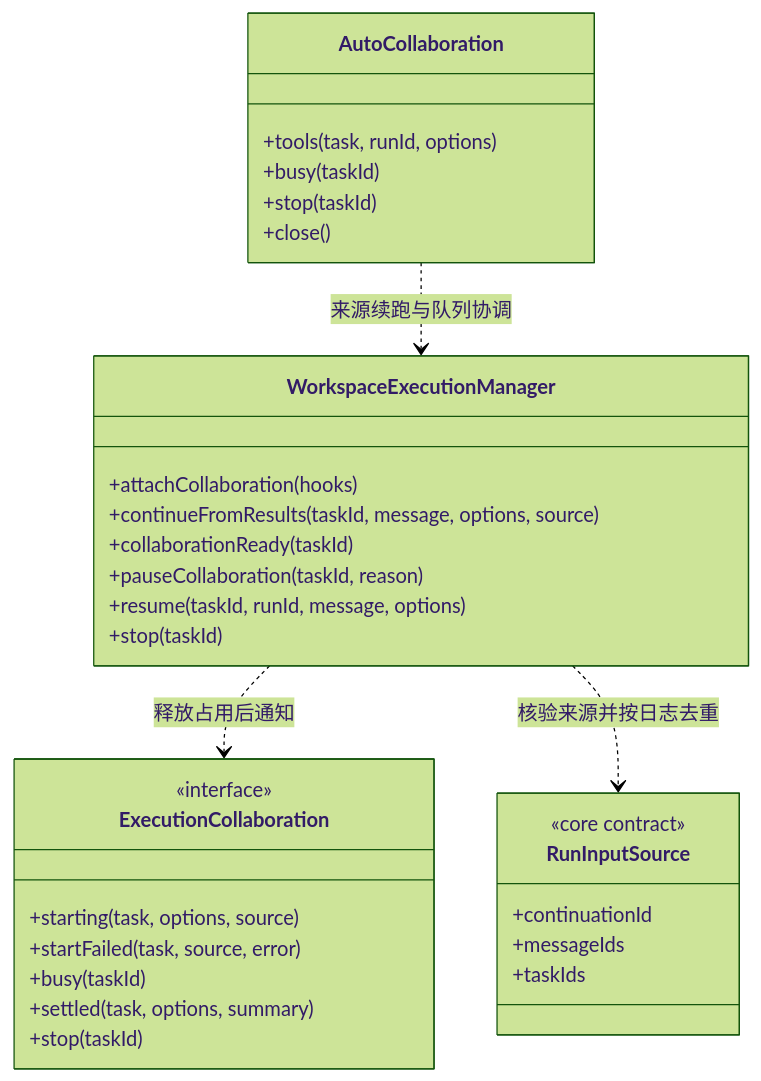
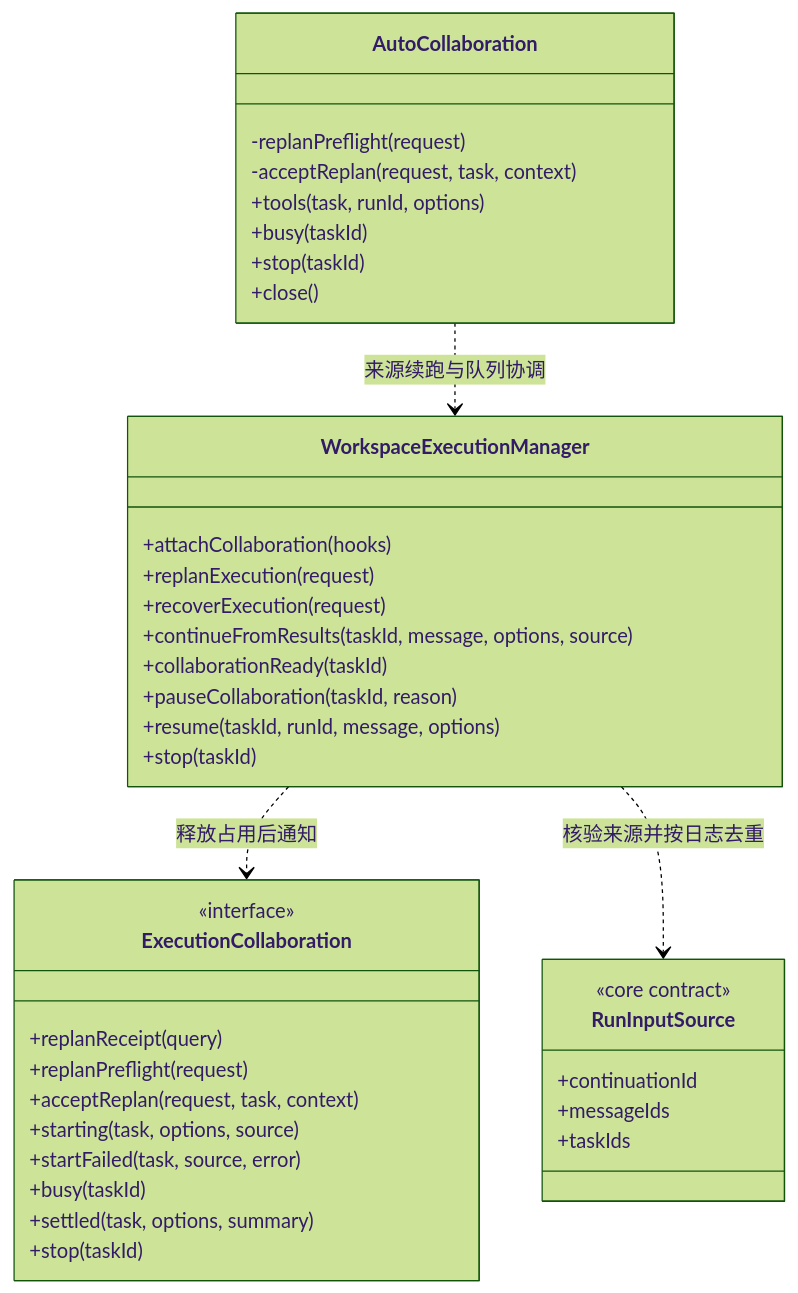
Before and after one commit to nan023062/cbim: the first of 3 diagrams in src/backend/scheduler-engine/execution/CONTRACT.md, drawn with Mermaid (forest theme). The commit also changed other lines of this file and 53 other files, not shown here.

````diff
--- a/src/backend/scheduler-engine/execution/CONTRACT.md
+++ b/src/backend/scheduler-engine/execution/CONTRACT.md
@@ -86,34 +92,41 @@
 ```mermaid
 classDiagram
 class WorkspaceExecutionManager {
   +attachCollaboration(hooks)
+  +replanExecution(request)
+  +recoverExecution(request)
   +continueFromResults(taskId, message, options, source)
   +collaborationReady(taskId)
   +pauseCollaboration(taskId, reason)
   +resume(taskId, runId, message, options)
   +stop(taskId)
 }
 class ExecutionCollaboration {
   <<interface>>
+  +replanReceipt(query)
+  +replanPreflight(request)
+  +acceptReplan(request, task, context)
   +starting(task, options, source)
   +startFailed(task, source, error)
   +busy(taskId)
   +settled(task, options, summary)
   +stop(taskId)
 }
 class RunInputSource {
   <<core contract>>
   +continuationId
   +messageIds
   +taskIds
 }
 WorkspaceExecutionManager ..> ExecutionCollaboration : 释放占用后通知
 WorkspaceExecutionManager ..> RunInputSource : 核验来源并按日志去重
 class AutoCollaboration {
+  -replanPreflight(request)
+  -acceptReplan(request, task, context)
   +tools(task, runId, options)
   +busy(taskId)
   +stop(taskId)
   +close()
 }
 AutoCollaboration ..> WorkspaceExecutionManager : 来源续跑与队列协调
 ```
````
